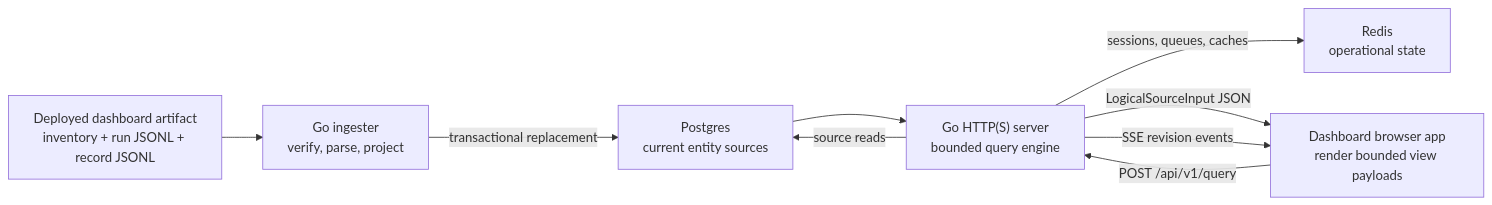
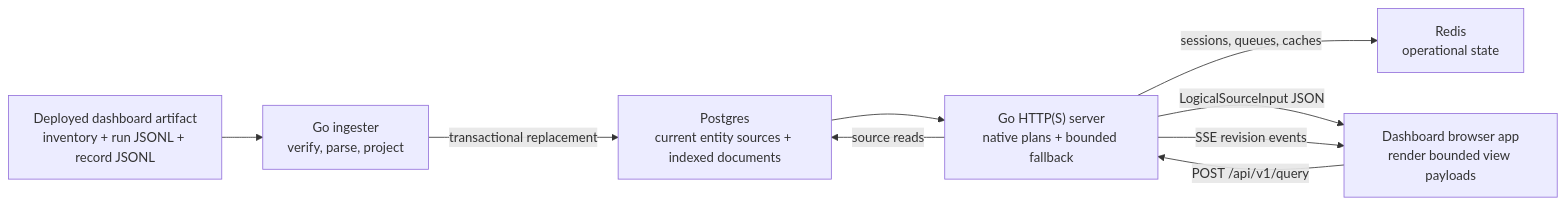
The first of 2 diagrams in server/README.md (bradygaster/gh-aw-cao), drawn with Mermaid before and after one commit. The commit also changed other lines of this file and 12 other files, not shown here.

First line of the commit message:
Add bounded PostgreSQL plans for canonical drilldowns (#15628)

````diff
--- a/server/README.md
+++ b/server/README.md
@@ -177,18 +234,18 @@
 ```mermaid
 flowchart LR
   Artifact["Deployed dashboard artifact<br/>inventory + run JSONL + record JSONL"]
   Ingest["Go ingester<br/>verify, parse, project"]
-  Postgres["Postgres<br/>current entity sources"]
+  Postgres["Postgres<br/>current entity sources + indexed documents"]
   Redis["Redis<br/>operational state"]
-  API["Go HTTP(S) server<br/>bounded query engine"]
+  API["Go HTTP(S) server<br/>native plans + bounded fallback"]
   Browser["Dashboard browser app<br/>render bounded view payloads"]
 
   Artifact --> Ingest
   Ingest -->|"transactional replacement"| Postgres
   Postgres --> API
   Browser -->|"POST /api/v1/query"| API
   API -->|"source reads"| Postgres
   API -->|"sessions, queues, caches"| Redis
   API -->|"LogicalSourceInput JSON"| Browser
   API -->|"SSE revision events"| Browser
 ```
````
